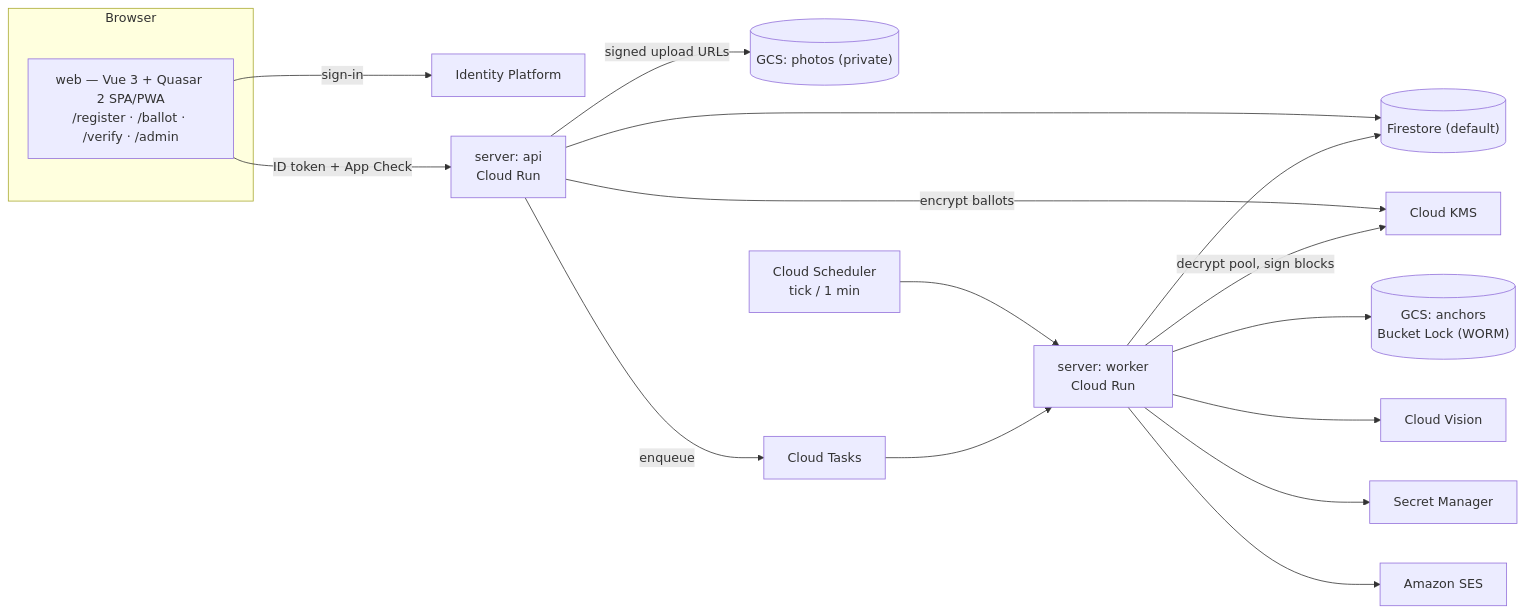
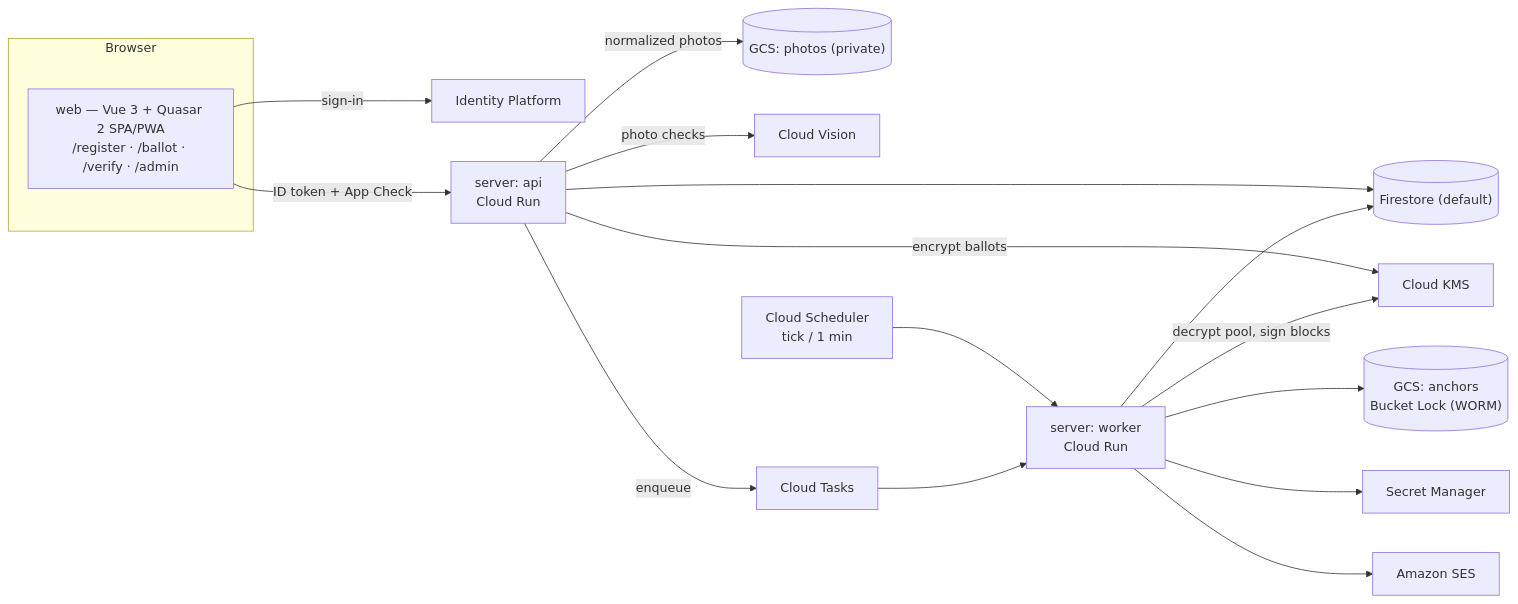
Before and after one commit to ggrow3/USTPVote2: the first of 4 diagrams in docs/DESIGN.md, drawn with Mermaid. The commit also changed other lines of this file and 29 other files, not shown here.

First line of the commit message:
M1: profile photos with automatic checks and admin review

````diff
--- a/docs/DESIGN.md
+++ b/docs/DESIGN.md
@@ -75,20 +75,20 @@
 ```mermaid
 flowchart LR
   subgraph Browser
     WEB["web — Vue 3 + Quasar 2 SPA/PWA<br/>/register · /ballot · /verify · /admin"]
   end
   WEB -- sign-in --> IDP[Identity Platform]
   WEB -- "ID token + App Check" --> API["server: api<br/>Cloud Run"]
   API --> FS[("Firestore (default)")]
   API -- "encrypt ballots" --> KMS[Cloud KMS]
-  API -- signed upload URLs --> GCSP[("GCS: photos (private)")]
+  API -- "normalized photos" --> GCSP[("GCS: photos (private)")]
+  API -- "photo checks" --> VIS[Cloud Vision]
   API -- enqueue --> CT[Cloud Tasks]
   SCH["Cloud Scheduler<br/>tick / 1 min"] --> WK["server: worker<br/>Cloud Run"]
   CT --> WK
   WK --> FS
   WK -- "decrypt pool, sign blocks" --> KMS
   WK --> GCSA[("GCS: anchors<br/>Bucket Lock (WORM)")]
-  WK --> VIS[Cloud Vision]
   WK --> SM[Secret Manager]
   WK --> SES[Amazon SES]
 ```
````
